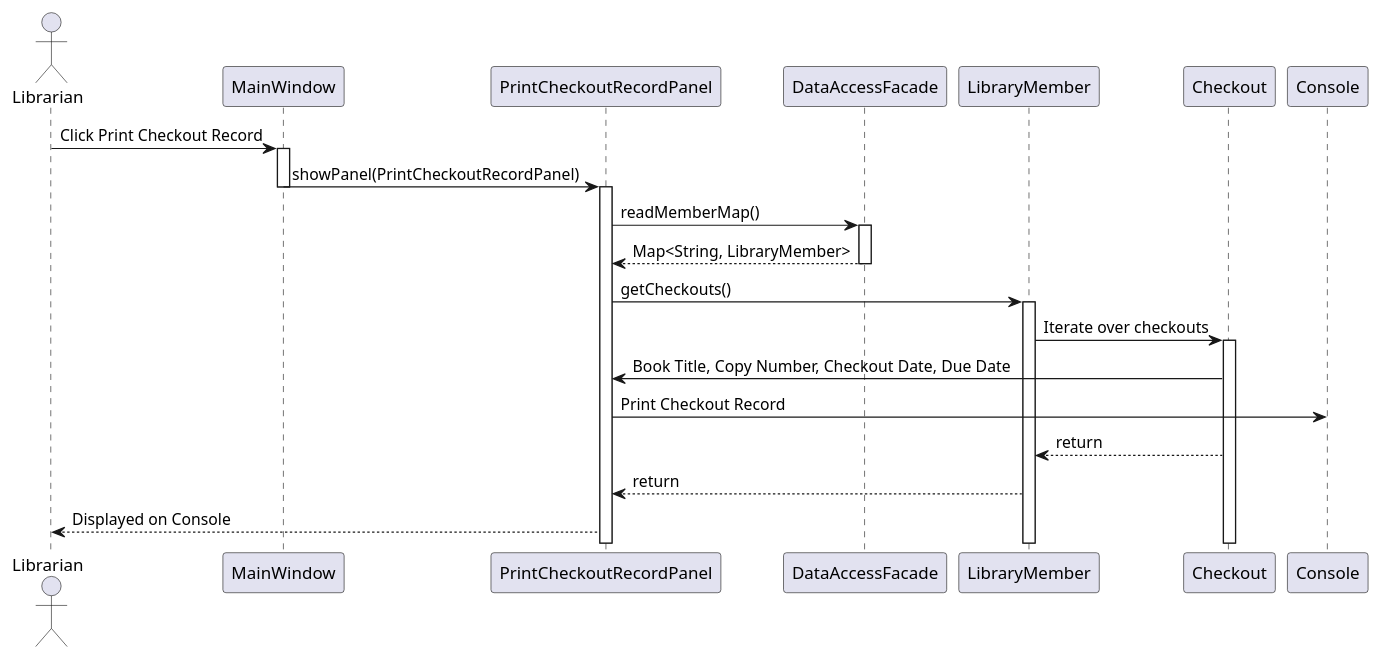
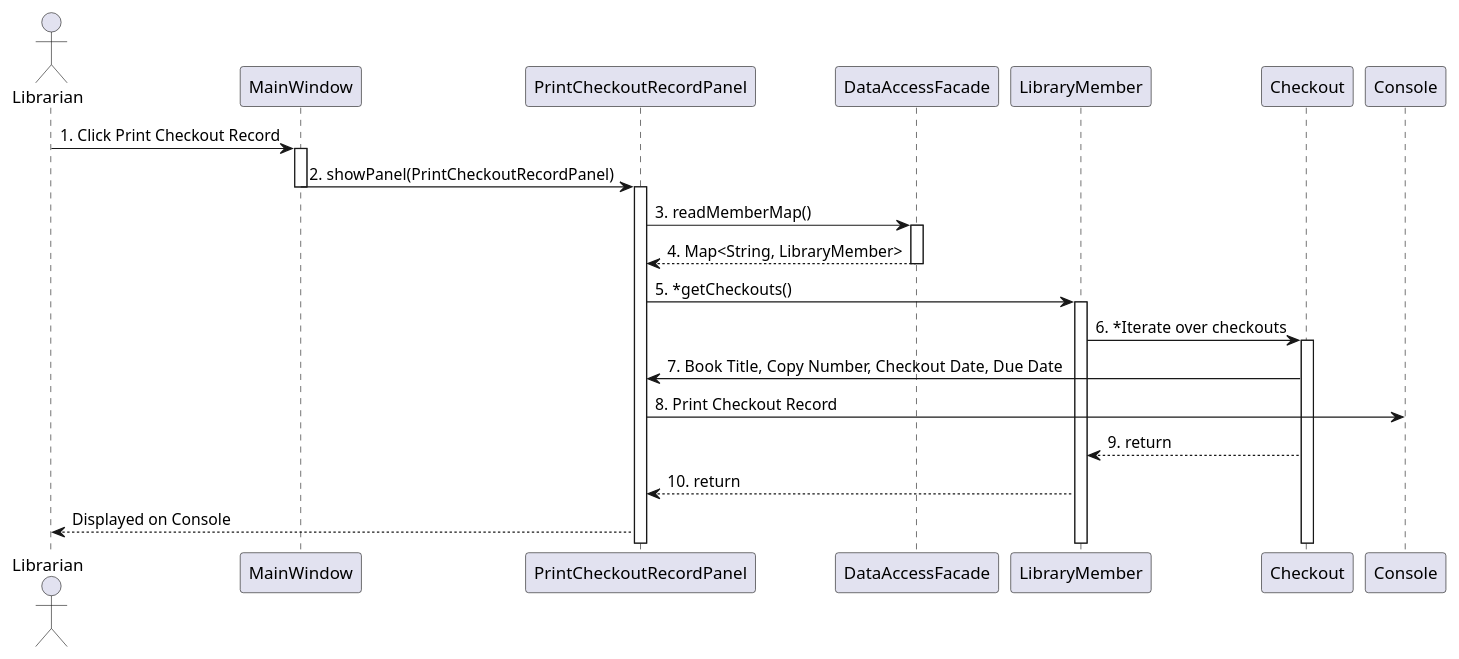
The diagram in src/uml/seq2-opt.puml (mohammed-almassri/LibraryGroupD), drawn with PlantUML before and after one commit. The commit also changed 1 other file, not shown here.

Commit message:
Update print checkout record diagram

```diff
--- a/src/uml/seq2-opt.puml
+++ b/src/uml/seq2-opt.puml
@@ -1,33 +1,33 @@
 @startuml
 actor Librarian
 participant "MainWindow" as MW
 participant "PrintCheckoutRecordPanel" as PCRP
 participant "DataAccessFacade" as DAF
 participant "LibraryMember" as LM
 participant "Checkout" as CO
 
-Librarian -> MW: Click Print Checkout Record
+Librarian -> MW: 1. Click Print Checkout Record
 activate MW
-MW -> PCRP: showPanel(PrintCheckoutRecordPanel)
+MW -> PCRP: 2. showPanel(PrintCheckoutRecordPanel)
 deactivate MW
 activate PCRP
 
-PCRP -> DAF: readMemberMap()
+PCRP -> DAF: 3. readMemberMap()
 activate DAF
-DAF --> PCRP: Map<String, LibraryMember>
+DAF --> PCRP: 4. Map<String, LibraryMember>
 deactivate DAF
 
-PCRP -> LM: getCheckouts()
+PCRP -> LM: 5. *getCheckouts()
 activate LM
-LM -> CO: Iterate over checkouts
+LM -> CO: 6. *Iterate over checkouts
 activate CO
-CO -> PCRP: Book Title, Copy Number, Checkout Date, Due Date
+CO -> PCRP: 7. Book Title, Copy Number, Checkout Date, Due Date
 
-PCRP -> Console: Print Checkout Record
+PCRP -> Console: 8. Print Checkout Record
 
-CO --> LM: return
-LM --> PCRP: return
+CO --> LM: 9. return
+LM --> PCRP: 10. return
 
 PCRP --> Librarian: Displayed on Console
 
 @enduml
```
